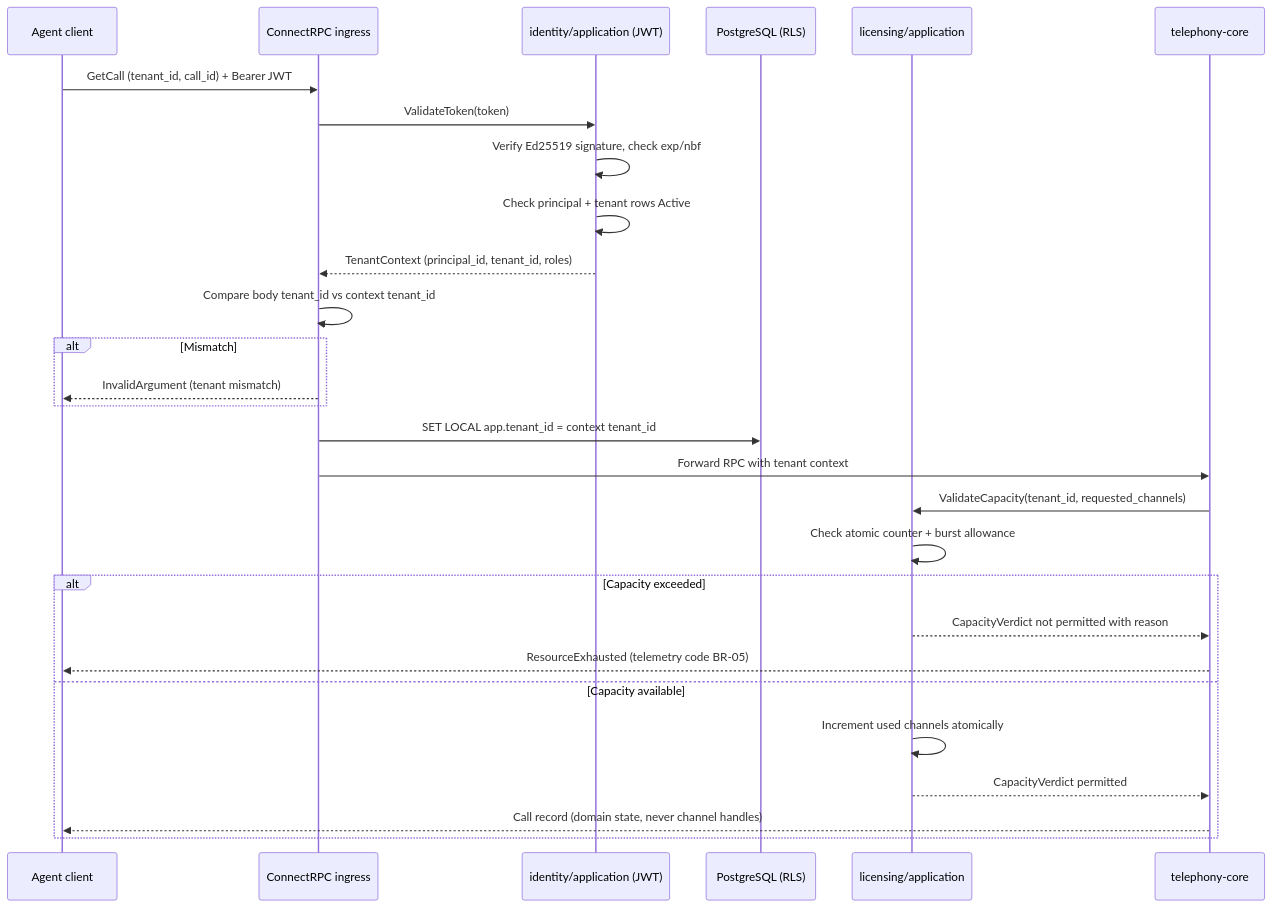
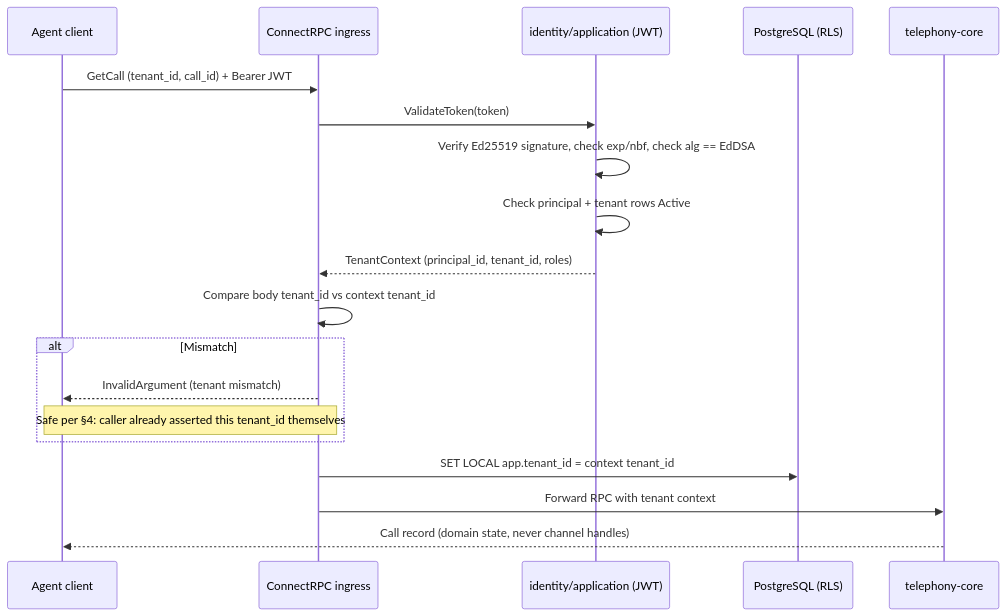
One commit to Mbaapoh/atsap changed the first of 3 diagrams in docs/lld/LLD-02-identity-licensing.md. Above: the diagram before and after it, drawn with Mermaid. The commit also changed other lines of this file and 8 other files, not shown here.

````diff
--- a/docs/lld/LLD-02-identity-licensing.md
+++ b/docs/lld/LLD-02-identity-licensing.md
@@ -357,34 +485,24 @@
 ```mermaid
 sequenceDiagram
     participant Agent as Agent client
     participant ConnectRPC as ConnectRPC ingress
     participant Auth as identity/application (JWT)
     participant RLS as PostgreSQL (RLS)
-    participant Lic as licensing/application
     participant PBX as telephony-core
 
     Agent->>ConnectRPC: GetCall (tenant_id, call_id) + Bearer JWT
     ConnectRPC->>Auth: ValidateToken(token)
-    Auth->>Auth: Verify Ed25519 signature, check exp/nbf
+    Auth->>Auth: Verify Ed25519 signature, check exp/nbf, check alg == EdDSA
     Auth->>Auth: Check principal + tenant rows Active
     Auth-->>ConnectRPC: TenantContext (principal_id, tenant_id, roles)
 
     ConnectRPC->>ConnectRPC: Compare body tenant_id vs context tenant_id
     alt Mismatch
         ConnectRPC-->>Agent: InvalidArgument (tenant mismatch)
+        Note over ConnectRPC,Agent: Safe per §4: caller already asserted this tenant_id themselves
     end
 
     ConnectRPC->>RLS: SET LOCAL app.tenant_id = context tenant_id
     ConnectRPC->>PBX: Forward RPC with tenant context
-
-    PBX->>Lic: ValidateCapacity(tenant_id, requested_channels)
-    Lic->>Lic: Check atomic counter + burst allowance
-    alt Capacity exceeded
-        Lic-->>PBX: CapacityVerdict not permitted with reason
-        PBX-->>Agent: ResourceExhausted (telemetry code BR-05)
-    else Capacity available
-        Lic->>Lic: Increment used channels atomically
-        Lic-->>PBX: CapacityVerdict permitted
-        PBX-->>Agent: Call record (domain state, never channel handles)
-    end
+    PBX-->>Agent: Call record (domain state, never channel handles)
 ```
````
